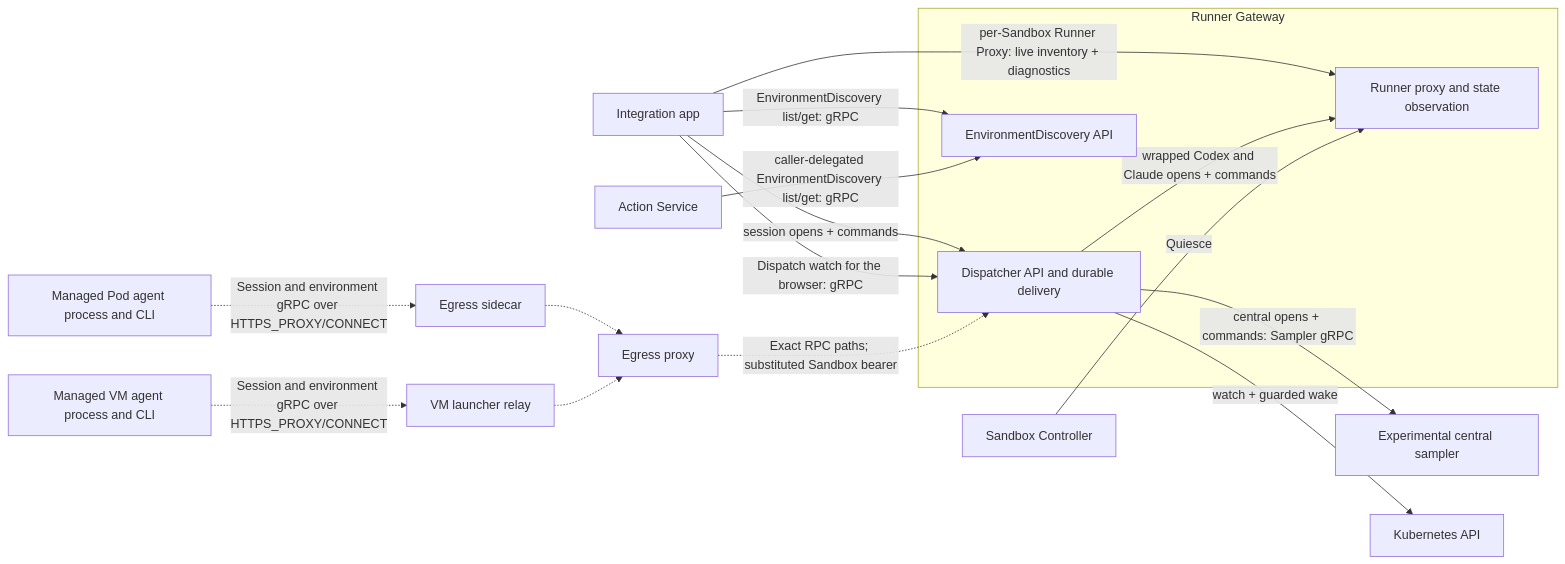
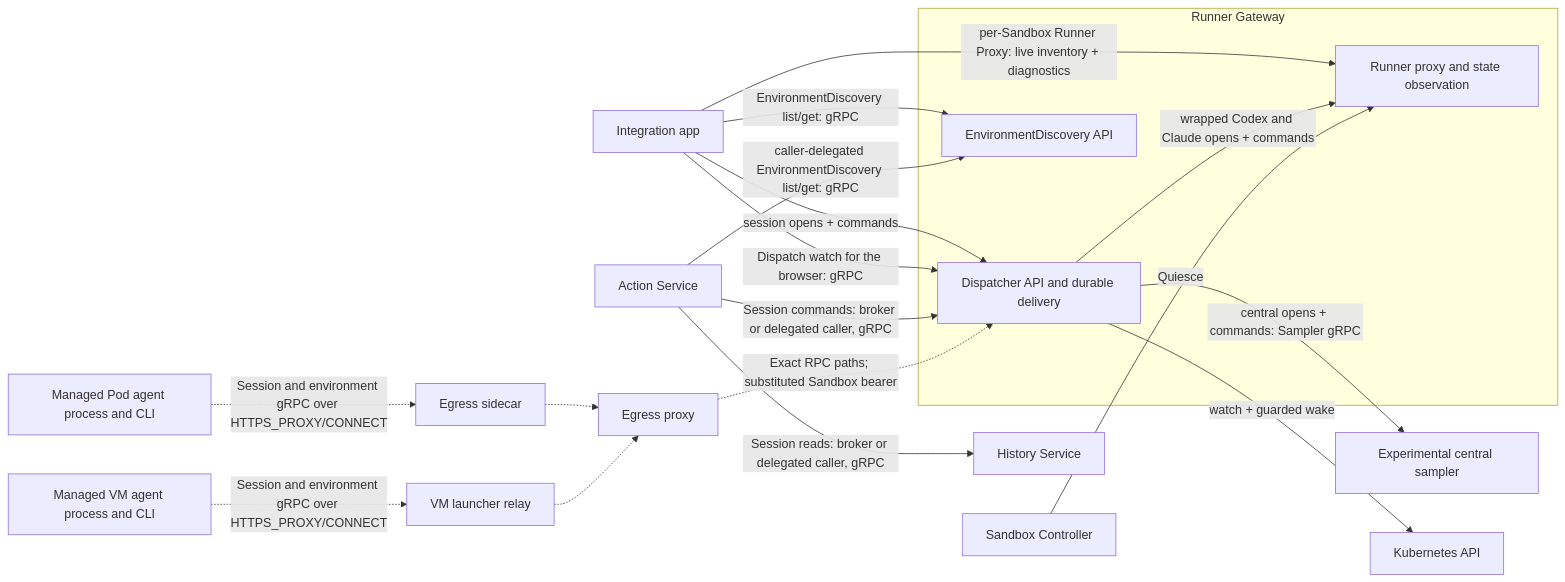
The first of 9 diagrams in agentplane/docs/system_overview.md (agentydragon/ducktape), drawn with Mermaid before and after one commit. The commit also changed other lines of this file and 6 other files, not shown here.

````diff
--- a/agentplane/docs/system_overview.md
+++ b/agentplane/docs/system_overview.md
@@ -14,32 +14,35 @@
 ```mermaid
 flowchart LR
     app[Integration app]
     actions[Action Service]
+    history[History Service]
     subgraph unified[Runner Gateway]
         dispatcher[Dispatcher API and durable delivery]
         discovery[EnvironmentDiscovery API]
         gateway[Runner proxy and state observation]
     end
     pod[Managed Pod agent process and CLI]
     sidecar[Egress sidecar]
     guest[Managed VM agent process and CLI]
     relay[VM launcher relay]
     egress[Egress proxy]
     central[Experimental central sampler]
     sandboxctl[Sandbox Controller]
     k8s[Kubernetes API]
     app -->|session opens + commands| dispatcher
     app -->|Dispatch watch for the browser: gRPC| dispatcher
     app -->|EnvironmentDiscovery list/get: gRPC| discovery
     actions -->|caller-delegated EnvironmentDiscovery list/get: gRPC| discovery
+    actions -->|Session commands: broker or delegated caller, gRPC| dispatcher
+    actions -->|Session reads: broker or delegated caller, gRPC| history
     app -->|per-Sandbox Runner Proxy: live inventory + diagnostics| gateway
     dispatcher -->|wrapped Codex and Claude opens + commands| gateway
     dispatcher -->|central opens + commands: Sampler gRPC| central
     sandboxctl -->|Quiesce| gateway
     dispatcher -->|watch + guarded wake| k8s
     pod -.->|Session and environment gRPC over HTTPS_PROXY/CONNECT| sidecar
     guest -.->|Session and environment gRPC over HTTPS_PROXY/CONNECT| relay
     sidecar -.-> egress
     relay -.-> egress
     egress -.->|Exact RPC paths; substituted Sandbox bearer| dispatcher
 ```
````
